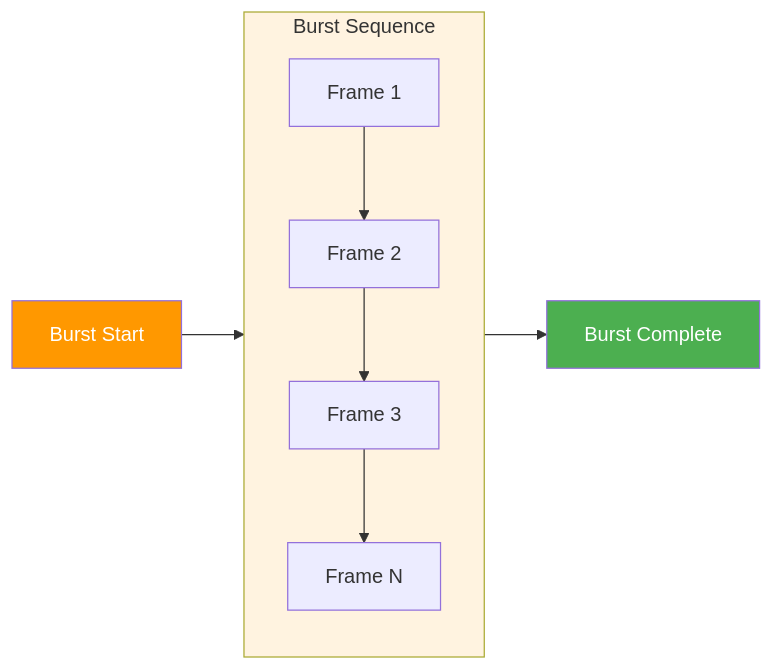
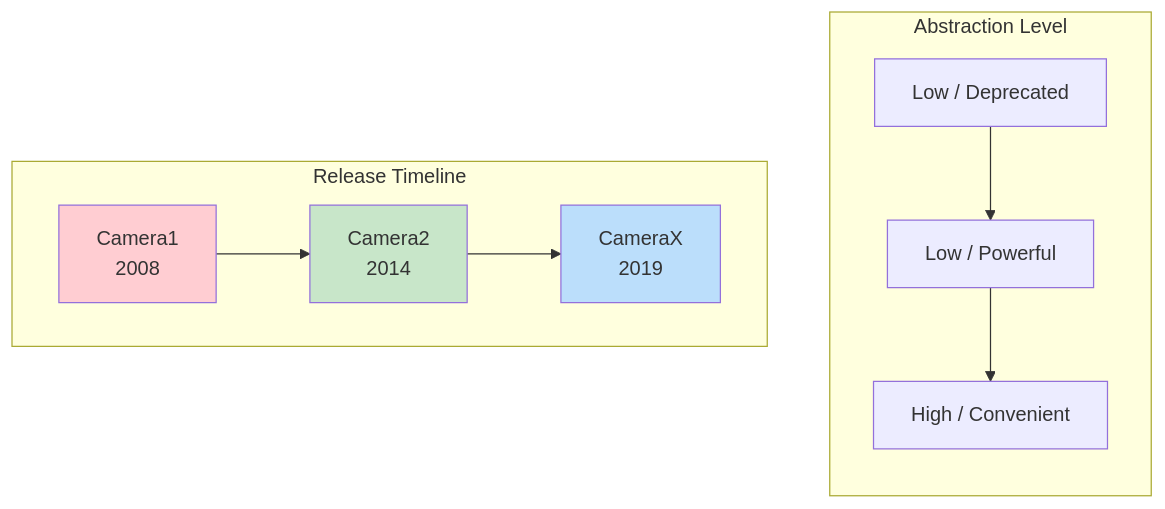
Before and after one commit to zoozooll/AndroidCameraParameters: the first of 2 diagrams in website/docs/camera2/welcome-to-android-camera2.md, drawn with Mermaid. The commit also changed other lines of this file and 470 other files, not shown here.

````diff
--- a/website/docs/camera2/welcome-to-android-camera2.md
+++ b/website/docs/camera2/welcome-to-android-camera2.md
@@ -354,16 +47,18 @@
 ```mermaid
 flowchart LR
-    subgraph BURST ["Burst Sequence"]
-        direction TB
-        A1["Frame 1"] --> A2["Frame 2"]
-        A2 --> A3["Frame 3"]
-        A3 --> An["Frame N"]
+    subgraph YEAR ["Release Timeline"]
+        direction LR
+        C1["Camera1<br/>2008"] --> C2["Camera2<br/>2014"] --> CX["CameraX<br/>2019"]
     end
     
-    B["Burst Start"] --> A1
-    An --> C["Burst Complete"]
+    subgraph LEVEL ["Abstraction Level"]
+        direction TB
+        L1["Low / Deprecated"] --> L2["Low / Powerful"] --> L3["High / Convenient"]
+    end
     
-    style BURST fill:#FFF3E0
-    style B fill:#FF9800,color:white
-    style C fill:#4CAF50,color:white
+    YEAR ~~~ LEVEL
+    
+    style C1 fill:#FFCDD2
+    style C2 fill:#C8E6C9
+    style CX fill:#BBDEFB
 ```
````
